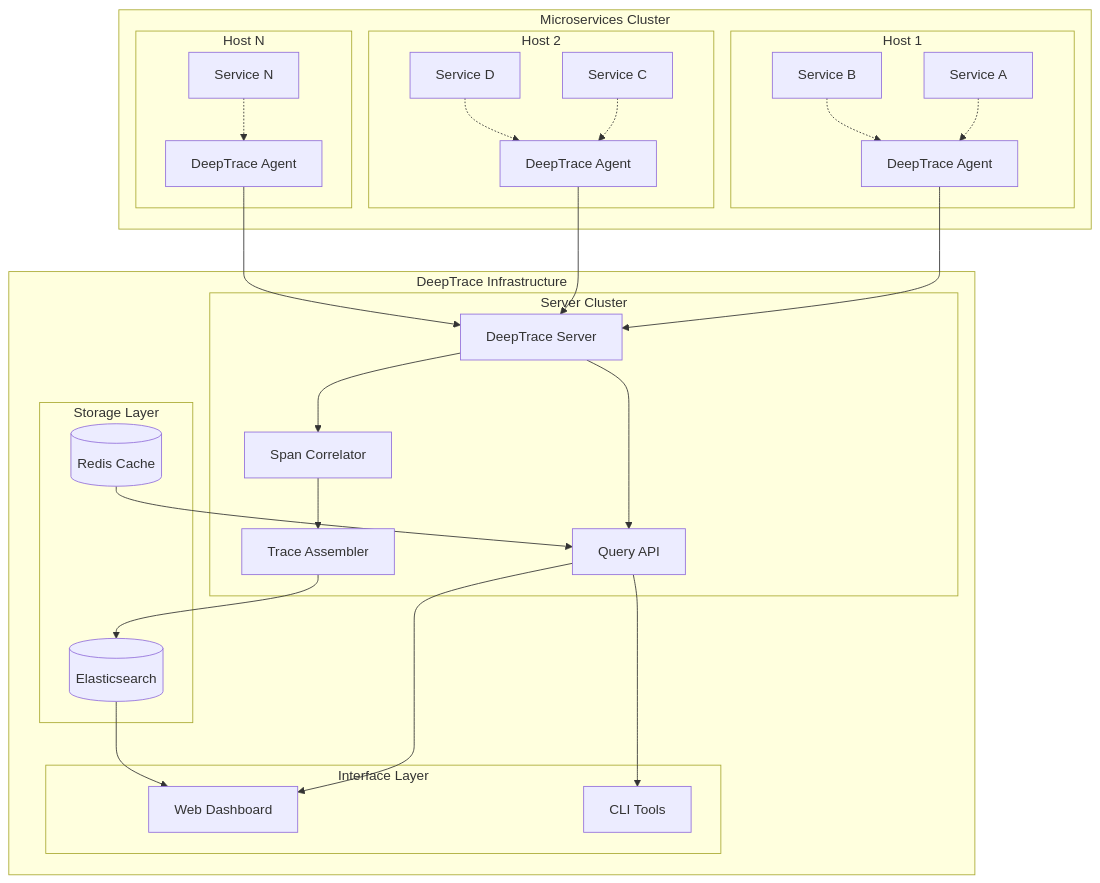
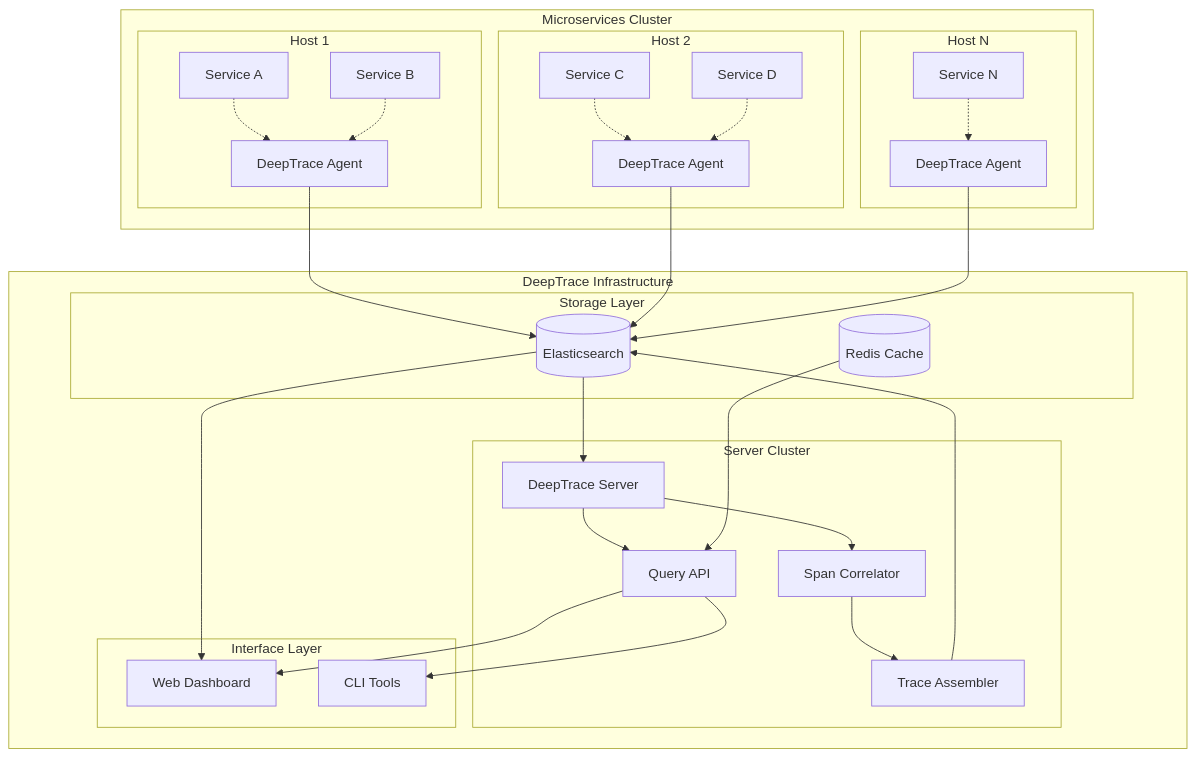
The first of 7 diagrams in docs/src/architecture/overview.md (DeepShield-AI/DeepTrace), drawn with Mermaid before and after one commit. The commit also changed other lines of this file and 5 other files, not shown here.

````diff
--- a/docs/src/architecture/overview.md
+++ b/docs/src/architecture/overview.md
@@ -26,60 +26,61 @@
 ```mermaid
 graph TB
     subgraph "Microservices Cluster"
         subgraph "Host 1"
             APP1[Service A]
             APP2[Service B]
             AGENT1[DeepTrace Agent]
             APP1 -.-> AGENT1
             APP2 -.-> AGENT1
         end
         
         subgraph "Host 2"
             APP3[Service C]
             APP4[Service D]
             AGENT2[DeepTrace Agent]
             APP3 -.-> AGENT2
             APP4 -.-> AGENT2
         end
         
         subgraph "Host N"
             APPN[Service N]
             AGENTN[DeepTrace Agent]
             APPN -.-> AGENTN
         end
     end
     
     subgraph "DeepTrace Infrastructure"
         subgraph "Server Cluster"
             SERVER[DeepTrace Server]
             CORRELATOR[Span Correlator]
             ASSEMBLER[Trace Assembler]
             API[Query API]
         end
         
         subgraph "Storage Layer"
             ES[(Elasticsearch)]
             CACHE[(Redis Cache)]
         end
         
         subgraph "Interface Layer"
             WEB[Web Dashboard]
             CLI[CLI Tools]
         end
     end
     
-    AGENT1 --> SERVER
-    AGENT2 --> SERVER
-    AGENTN --> SERVER
+    AGENT1 --> ES
+    AGENT2 --> ES
+    AGENTN --> ES
     
+    ES --> SERVER
     SERVER --> CORRELATOR
     CORRELATOR --> ASSEMBLER
     ASSEMBLER --> ES
     
     SERVER --> API
     API --> WEB
     API --> CLI
     
     ES --> WEB
     CACHE --> API
 ```
````
